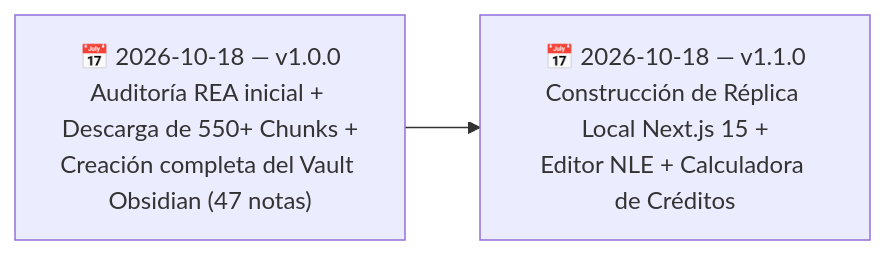
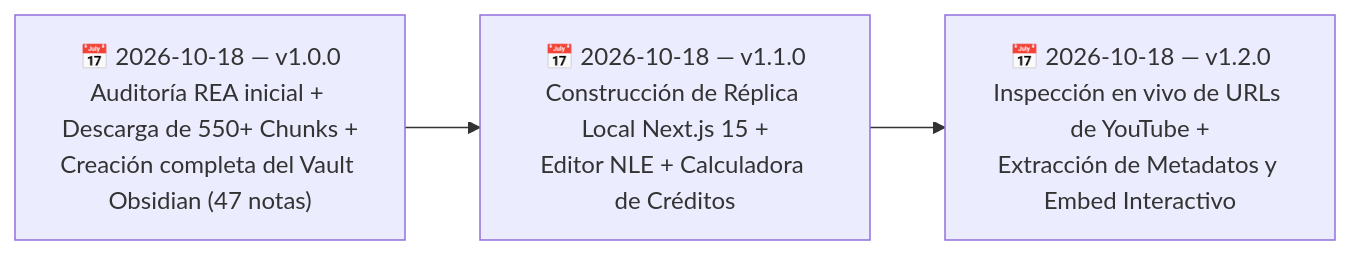
The diagram in ClippersIppers/90 - Recursos/Historial de cambios.md (SebzSGC/Doc-Projects), drawn with Mermaid before and after one commit. The commit also changed other lines of this file and 5 other files, not shown here.

First line of the commit message:
docs(clippersippers): agrega inspección en vivo de youtube v1.2.0

````diff
--- a/ClippersIppers/90 - Recursos/Historial de cambios.md
+++ b/ClippersIppers/90 - Recursos/Historial de cambios.md
@@ -19,4 +19,4 @@
 ```mermaid
 flowchart LR
-    V1["📅 2026-10-18 — v1.0.0<br/>Auditoría REA inicial + Descarga de 550+ Chunks +<br/>Creación completa del Vault Obsidian (47 notas)"] --> V2["📅 2026-10-18 — v1.1.0<br/>Construcción de Réplica Local Next.js 15 +<br/>Editor NLE + Calculadora de Créditos"]
+    V1["📅 2026-10-18 — v1.0.0<br/>Auditoría REA inicial + Descarga de 550+ Chunks +<br/>Creación completa del Vault Obsidian (47 notas)"] --> V2["📅 2026-10-18 — v1.1.0<br/>Construcción de Réplica Local Next.js 15 +<br/>Editor NLE + Calculadora de Créditos"] --> V3["📅 2026-10-18 — v1.2.0<br/>Inspección en vivo de URLs de YouTube +<br/>Extracción de Metadatos y Embed Interactivo"]
 ```
````
